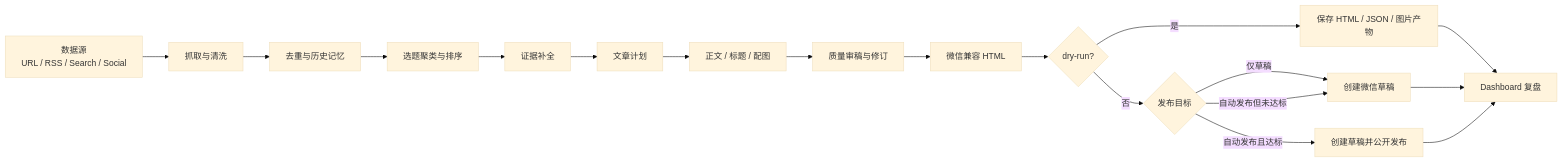
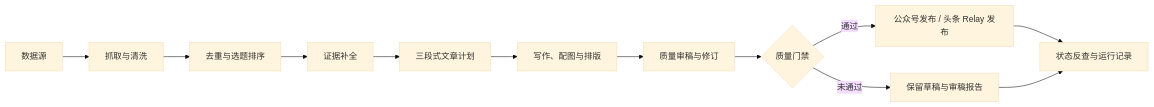
The diagram in README.md (zhao610-ops/auto-work-pro), drawn with Mermaid (base theme) before and after one commit. The commit also changed other lines of this file, not shown here.

````diff
--- a/README.md
+++ b/README.md
@@ -91,20 +29,14 @@
 ```mermaid
 flowchart LR
-  A["数据源<br/>URL / RSS / Search / Social"] --> B["抓取与清洗"]
-  B --> C["去重与历史记忆"]
-  C --> D["选题聚类与排序"]
-  D --> E["证据补全"]
-  E --> F["文章计划"]
-  F --> G["正文 / 标题 / 配图"]
-  G --> H["质量审稿与修订"]
-  H --> I["微信兼容 HTML"]
-  I --> J{"dry-run?"}
-  J -->|是| K["保存 HTML / JSON / 图片产物"]
-  J -->|否| L{"发布目标"}
-  L -->|仅草稿| N["创建微信草稿"]
-  L -->|自动发布且达标| O["创建草稿并公开发布"]
-  L -->|自动发布但未达标| N
-  K --> M["Dashboard 复盘"]
-  N --> M
-  O --> M
+  A[数据源] --> B[抓取与清洗]
+  B --> C[去重与选题排序]
+  C --> D[证据补全]
+  D --> E[三段式文章计划]
+  E --> F[写作、配图与排版]
+  F --> G[质量审稿与修订]
+  G --> H{质量门禁}
+  H -->|通过| I[公众号发布 / 头条 Relay 发布]
+  H -->|未通过| J[保留草稿与审稿报告]
+  I --> K[状态反查与运行记录]
+  J --> K
 ```
````
